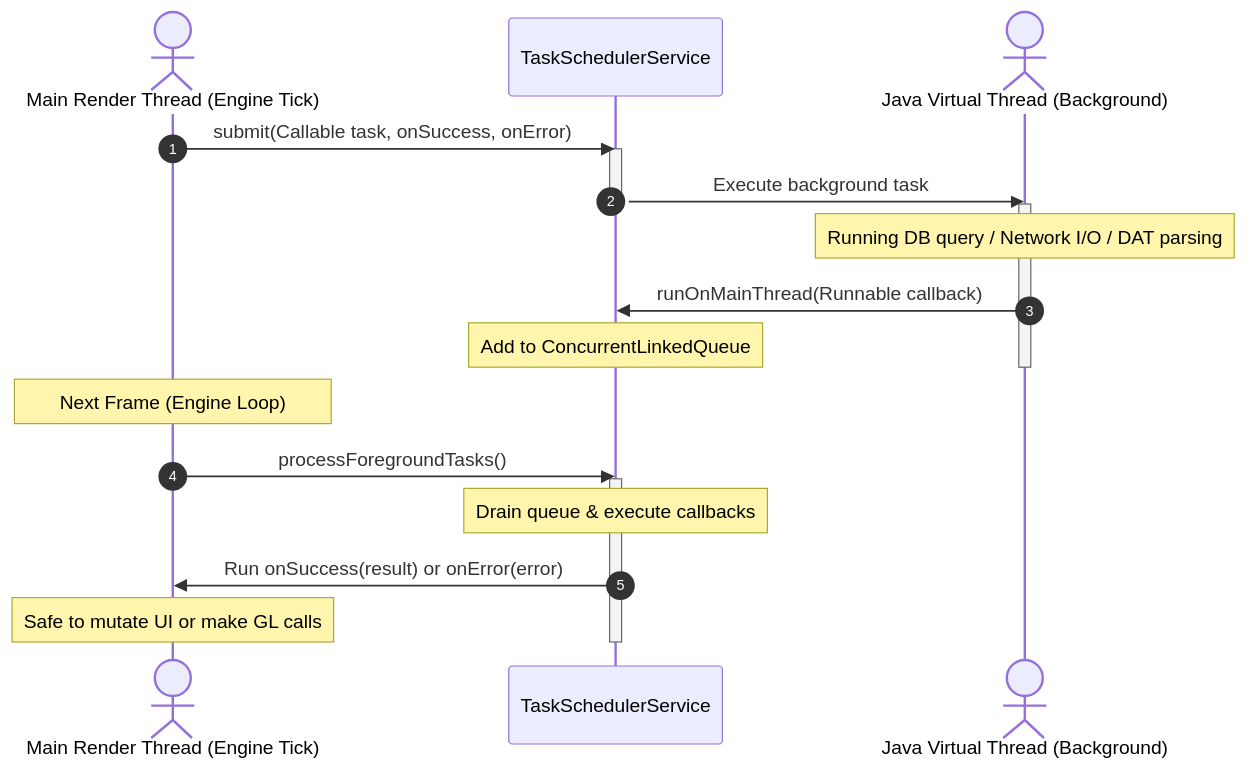
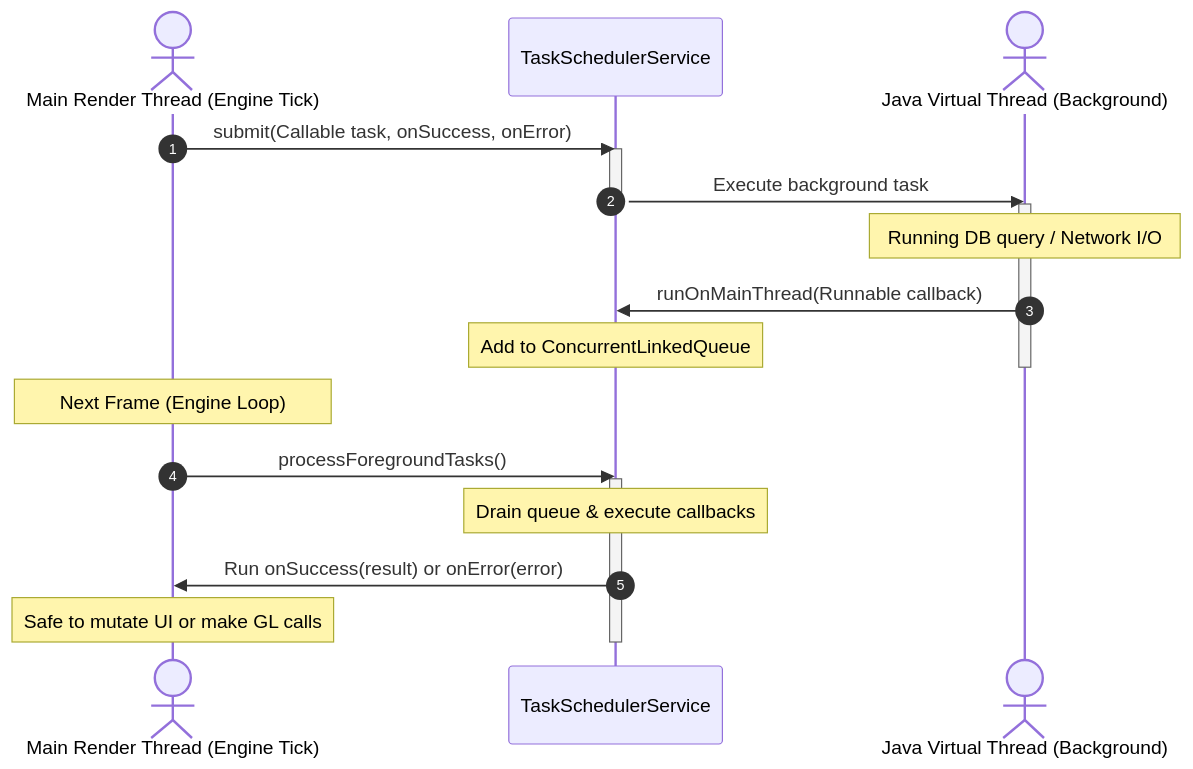
The fourth of 4 diagrams in review-and-next-steps.md (TheStackTraceWhisperer/catalyst), drawn with Mermaid before and after one commit. The commit also changed other lines of this file and 2 other files, not shown here.

Commit message:
docs: update review roadmap, remove refactoring plan, and add client.md & world.md

````diff
--- a/review-and-next-steps.md
+++ b/review-and-next-steps.md
@@ -143,26 +155,26 @@
 ```mermaid
 sequenceDiagram
     autonumber
     actor RenderThread as Main Render Thread (Engine Tick)
     participant Scheduler as TaskSchedulerService
     actor VirtThread as Java Virtual Thread (Background)
 
     RenderThread->>Scheduler: submit(Callable task, onSuccess, onError)
     activate Scheduler
     Scheduler->>VirtThread: Execute background task
     deactivate Scheduler
     
     activate VirtThread
-    Note over VirtThread: Running DB query / Network I/O / DAT parsing
+    Note over VirtThread: Running DB query / Network I/O
     VirtThread->>Scheduler: runOnMainThread(Runnable callback)
     Note over Scheduler: Add to ConcurrentLinkedQueue
     deactivate VirtThread
     
     Note over RenderThread: Next Frame (Engine Loop)
     RenderThread->>Scheduler: processForegroundTasks()
     activate Scheduler
     Note over Scheduler: Drain queue & execute callbacks
     Scheduler->>RenderThread: Run onSuccess(result) or onError(error)
     Note over RenderThread: Safe to mutate UI or make GL calls
     deactivate Scheduler
 ```
````
